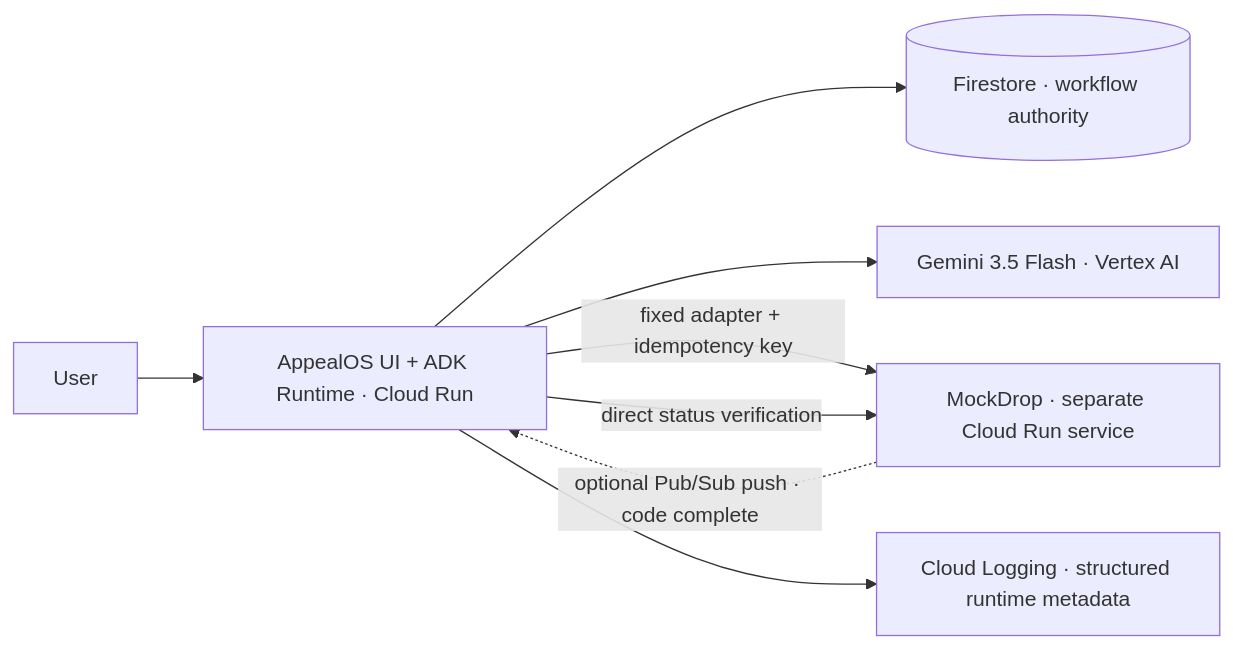
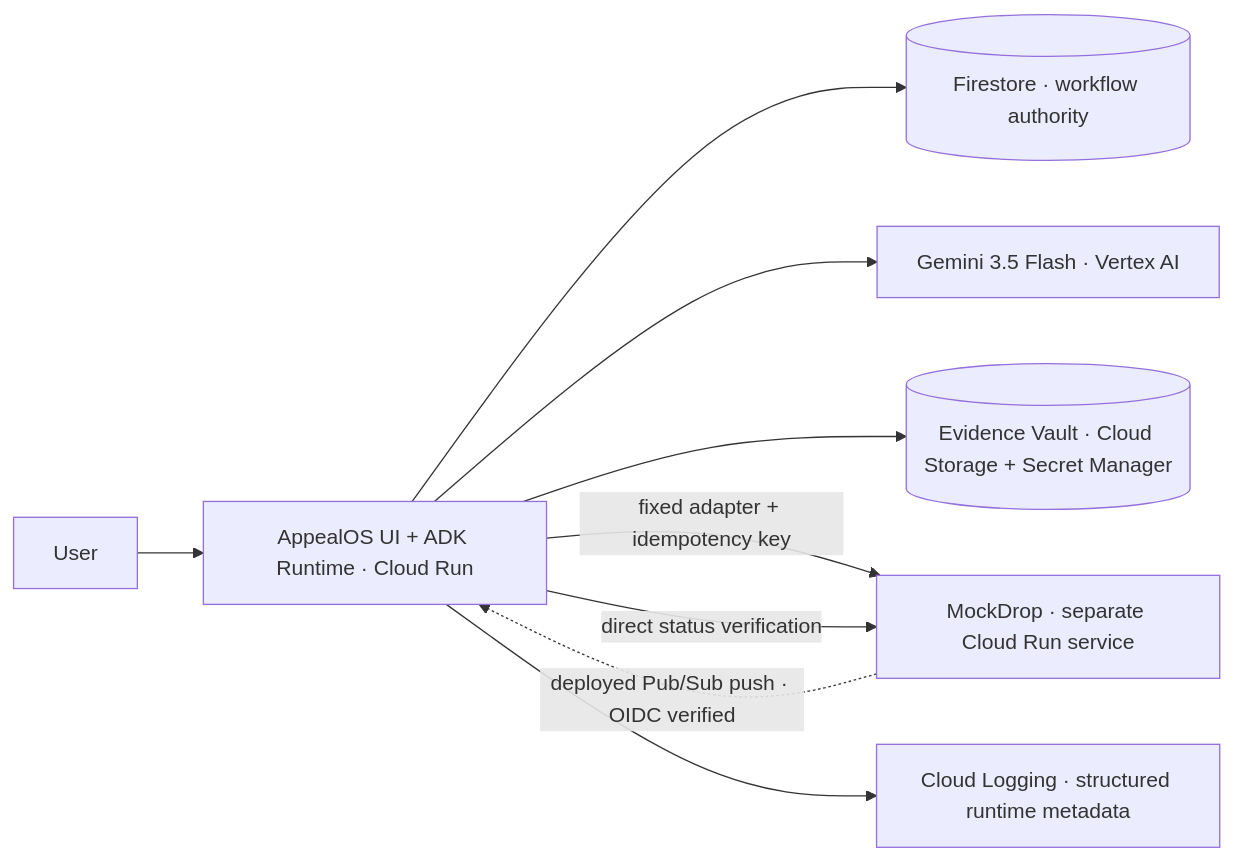
One commit to rectinajh/AppealOS changed the diagram in README.md. Above: the diagram before and after it, drawn with Mermaid. The commit also changed other lines of this file and 11 other files, not shown here.

First line of the commit message:
Enable Pub/Sub OIDC supplement path and Evidence Vault

````diff
--- a/README.md
+++ b/README.md
@@ -177,10 +182,11 @@
 ```mermaid
 flowchart LR
     U["User"] --> A["AppealOS UI + ADK Runtime · Cloud Run"]
     A --> F[("Firestore · workflow authority")]
     A --> G["Gemini 3.5 Flash · Vertex AI"]
+    A --> V[("Evidence Vault · Cloud Storage + Secret Manager")]
     A -->|"fixed adapter + idempotency key"| M["MockDrop · separate Cloud Run service"]
-    M -. "optional Pub/Sub push · code complete" .-> A
+    M -. "deployed Pub/Sub push · OIDC verified" .-> A
     A -->|"direct status verification"| M
     A --> L["Cloud Logging · structured runtime metadata"]
 ```
````
